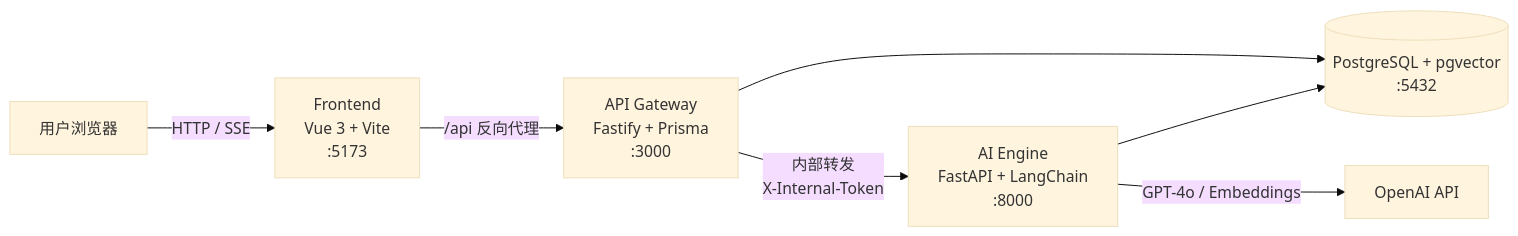
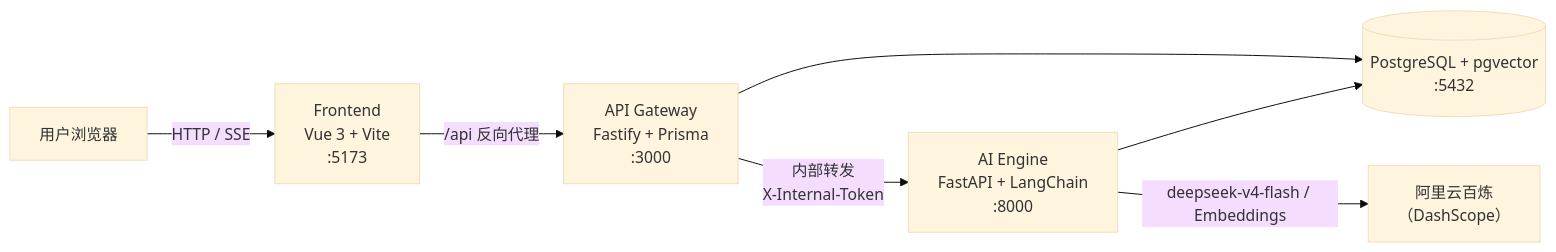
The first of 2 diagrams in README.md (colddaybreak/ka-app), drawn with Mermaid (base theme) before and after one commit. The commit also changed other lines of this file and 8 other files, not shown here.

First line of the commit message:
feat: switch to Alibaba Cloud Model Studio endpoint and adopt deepseek-v4-flash

````diff
--- a/README.md
+++ b/README.md
@@ -26,9 +26,9 @@
 ```mermaid
 flowchart LR
     U["用户浏览器"] -->|"HTTP / SSE"| FE["Frontend<br/>Vue 3 + Vite<br/>:5173"]
     FE -->|"/api 反向代理"| GW["API Gateway<br/>Fastify + Prisma<br/>:3000"]
     GW -->|"内部转发<br/>X-Internal-Token"| AI["AI Engine<br/>FastAPI + LangChain<br/>:8000"]
     GW --> PG[("PostgreSQL + pgvector<br/>:5432")]
     AI --> PG
-    AI -->|"GPT-4o / Embeddings"| LLM["OpenAI API"]
+    AI -->|"deepseek-v4-flash / Embeddings"| LLM["阿里云百炼<br/>（DashScope）"]
 ```
````
